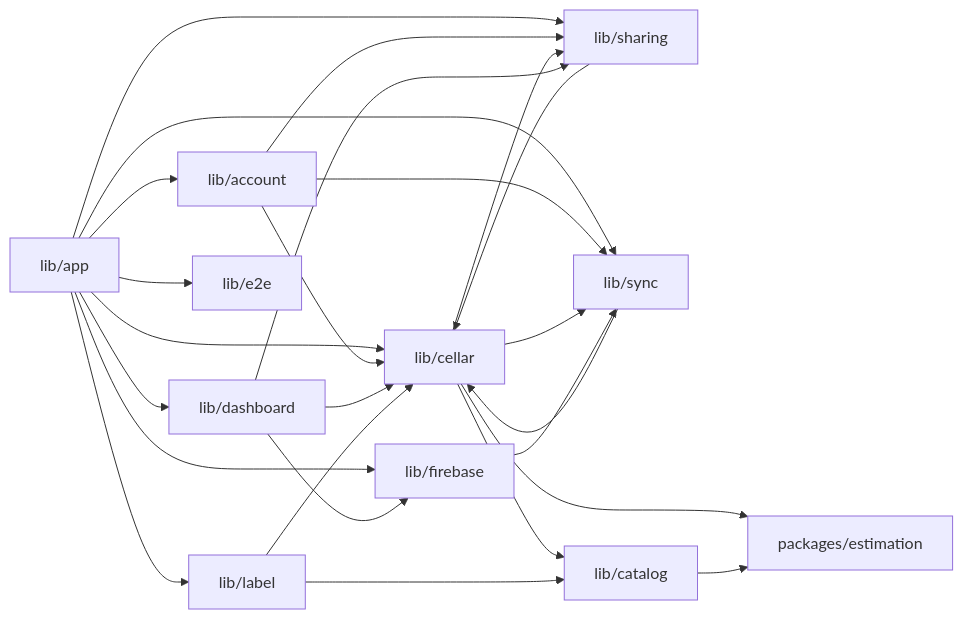
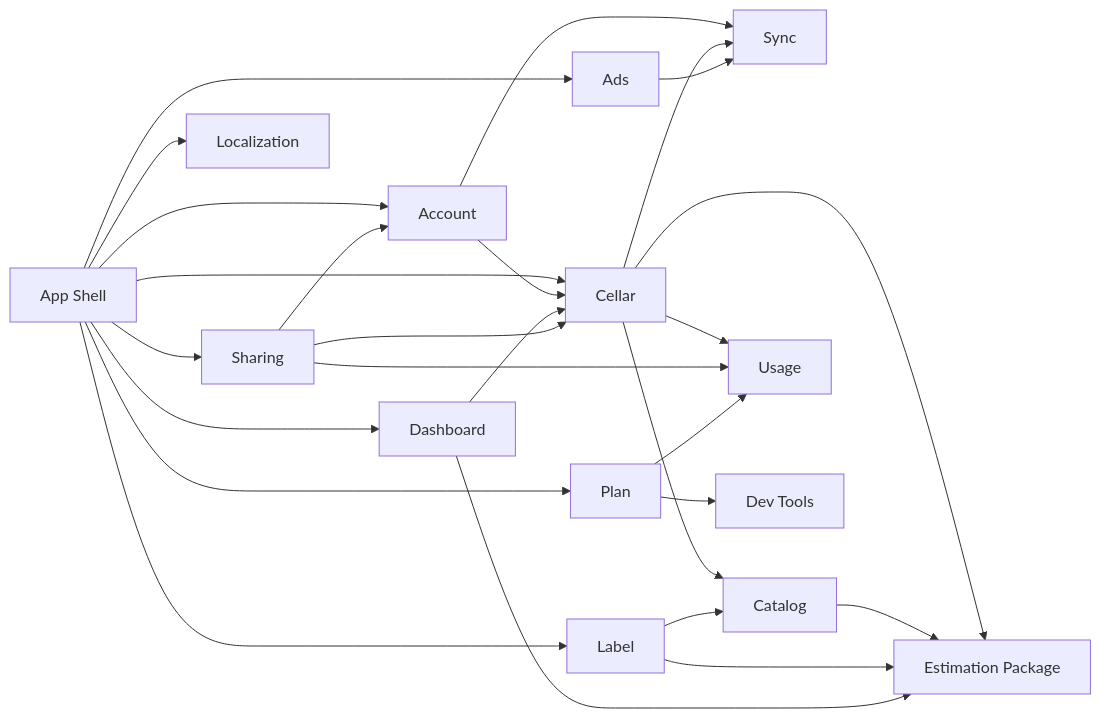
One commit to brunobottazzini/Vinoozy changed the diagram in aidlc/spaces/default/codekb/Vinoozy/dependencies.md. Above: the diagram before and after it, drawn with Mermaid. The commit also changed other lines of this file and 193 other files, not shown here.

````diff
--- a/aidlc/spaces/default/codekb/Vinoozy/dependencies.md
+++ b/aidlc/spaces/default/codekb/Vinoozy/dependencies.md
@@ -23,27 +45,28 @@
 ```mermaid
 flowchart LR
-  app["lib/app"] --> account["lib/account"]
-  app --> cellar["lib/cellar"]
-  app --> sharing["lib/sharing"]
-  app --> sync["lib/sync"]
-  app --> dashboard["lib/dashboard"]
-  app --> label["lib/label"]
-  app --> firebase["lib/firebase"]
-  app --> e2e["lib/e2e"]
-  account --> cellar
-  account --> sync
-  account --> sharing
-  cellar --> sync
-  cellar --> sharing
-  cellar --> catalog["lib/catalog"]
-  cellar --> estimation["packages/estimation"]
-  sharing --> cellar
-  dashboard --> cellar
-  dashboard --> sharing
-  dashboard --> firebase
-  label --> catalog
-  label --> cellar
-  catalog --> estimation
-  sync --> cellar
-  firebase --> sync
+  Shell["App Shell"] --> Account
+  Shell --> Cellar
+  Shell --> Dashboard
+  Shell --> Sharing
+  Shell --> Label
+  Shell --> Plan
+  Shell --> Ads
+  Shell --> L10n["Localization"]
+  Account --> Sync
+  Account --> Cellar
+  Cellar --> Estimation["Estimation Package"]
+  Cellar --> Catalog
+  Cellar --> Sync
+  Cellar --> Usage
+  Catalog --> Estimation
+  Label --> Catalog
+  Label --> Estimation
+  Dashboard --> Cellar
+  Dashboard --> Estimation
+  Sharing --> Cellar
+  Sharing --> Account
+  Sharing --> Usage
+  Plan --> Usage
+  Plan --> Dev["Dev Tools"]
+  Ads --> Sync
 ```
````
